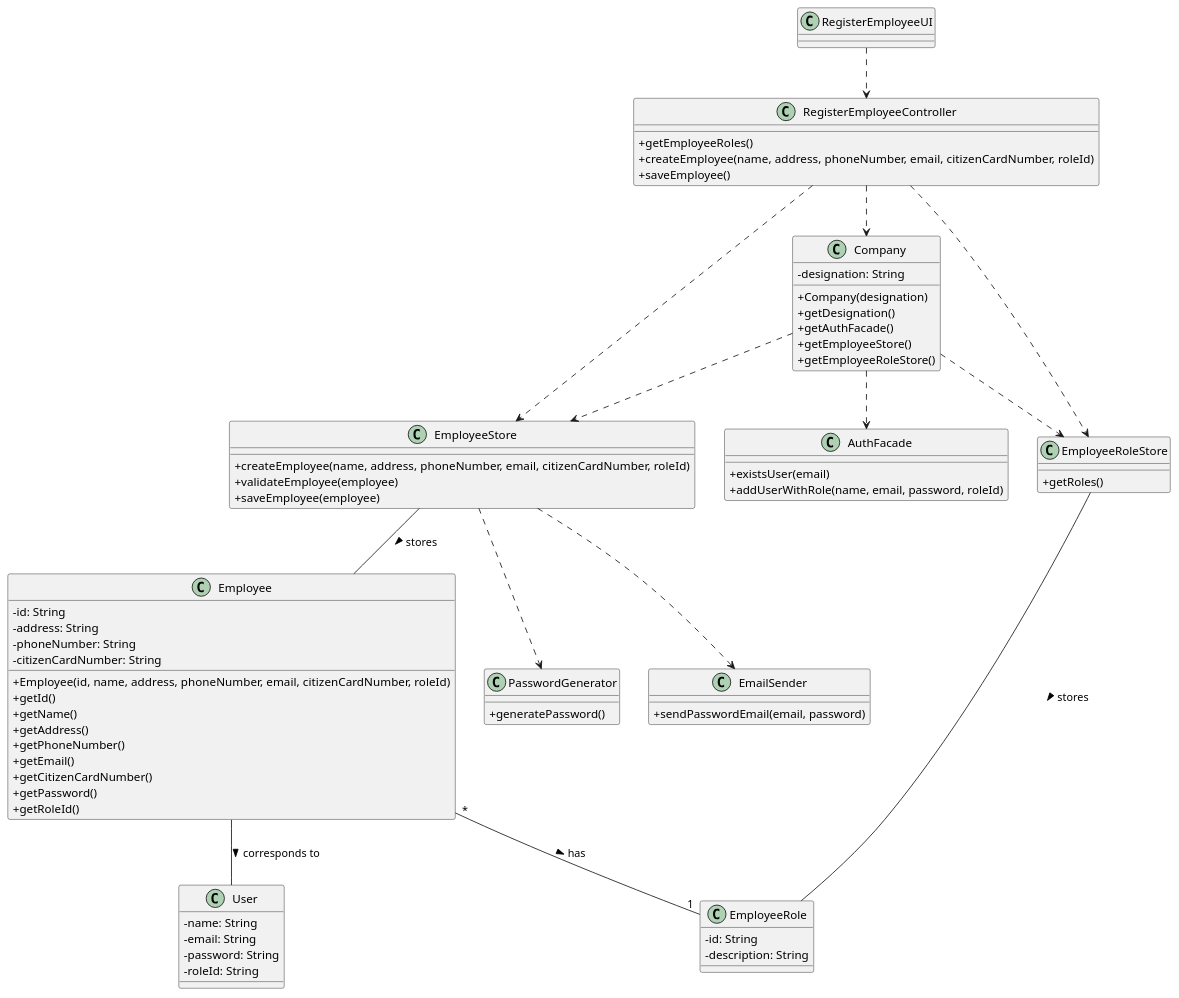
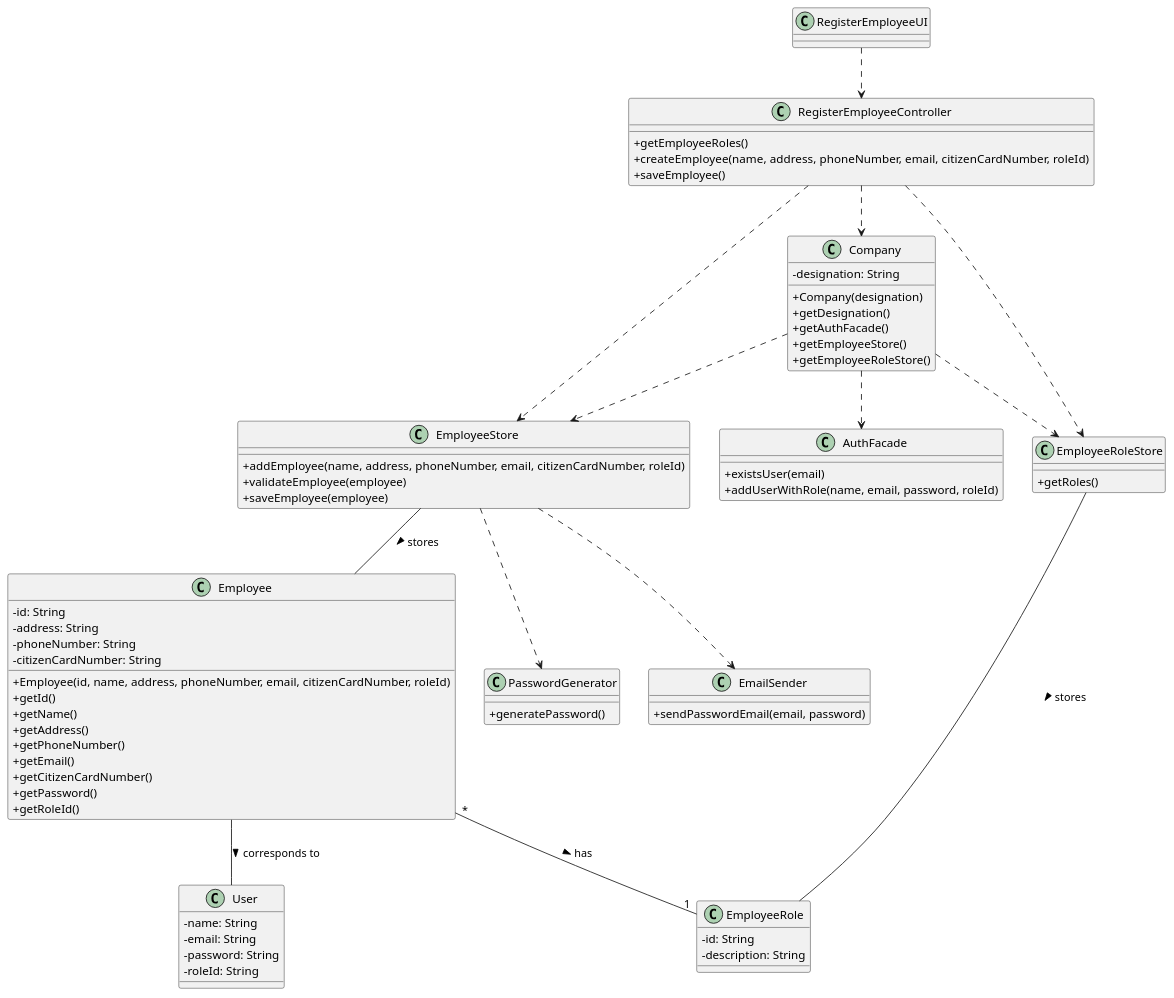
The diagram in docs/SprintB/US10/CD/US10_CD.puml (miseEnPlace-i/lapr2), drawn with PlantUML before and after one commit.

Commit message:
refactor: renamed createEmployee() to addEmploye() for consistency

```diff
--- a/docs/SprintB/US10/CD/US10_CD.puml
+++ b/docs/SprintB/US10/CD/US10_CD.puml
@@ -1,94 +1,94 @@
 @startuml US10_CD
 skinparam classAttributeIconSize 0
 
 class RegisterEmployeeUI {
 }
 
 class RegisterEmployeeController {
   +getEmployeeRoles()
   +createEmployee(name, address, phoneNumber, email, citizenCardNumber, roleId)
   +saveEmployee()
 }
 
 class Company {
   -designation: String
   +Company(designation)
   +getDesignation()
   +getAuthFacade()
   +getEmployeeStore()
   +getEmployeeRoleStore()
 }
 
 class EmployeeStore {
-  +createEmployee(name, address, phoneNumber, email, citizenCardNumber, roleId)
+  +addEmployee(name, address, phoneNumber, email, citizenCardNumber, roleId)
   +validateEmployee(employee)
   +saveEmployee(employee)
 }
 
 class Employee {
   -id: String
   -address: String
   -phoneNumber: String
   -citizenCardNumber: String
   +Employee(id, name, address, phoneNumber, email, citizenCardNumber, roleId)
   +getId()
   +getName()
   +getAddress()
   +getPhoneNumber()
   +getEmail()
   +getCitizenCardNumber()
   +getPassword()
   +getRoleId()
 }
 
 class EmployeeRoleStore {
   +getRoles()
 }
 
 class AuthFacade {
   +existsUser(email)
   +addUserWithRole(name, email, password, roleId)
 }
 
 class PasswordGenerator {
   +generatePassword()
 }
 
 class EmailSender {
   +sendPasswordEmail(email, password)
 }
 
 class User {
   -name: String
   -email: String
   -password: String
   -roleId: String
 }
 
 class EmployeeRole {
   -id: String
   -description: String
 }
 
 RegisterEmployeeUI ..> RegisterEmployeeController
 
 RegisterEmployeeController ..> EmployeeStore
 RegisterEmployeeController ..> Company
 ' RegisterEmployeeController ..> AuthFacade
 RegisterEmployeeController ..> EmployeeRoleStore
 
 ' EmployeeStore ..> AuthFacade
 EmployeeStore ..> PasswordGenerator
 EmployeeStore ..> EmailSender
 EmployeeStore -- Employee : stores >
 
 Company ..> AuthFacade
 Company ..> EmployeeStore
 Company ..> EmployeeRoleStore
 
 Employee -- User : corresponds to >
 Employee "*" -- "1" EmployeeRole : has >
 
 EmployeeRoleStore -- EmployeeRole : stores >
 
 @enduml
```
